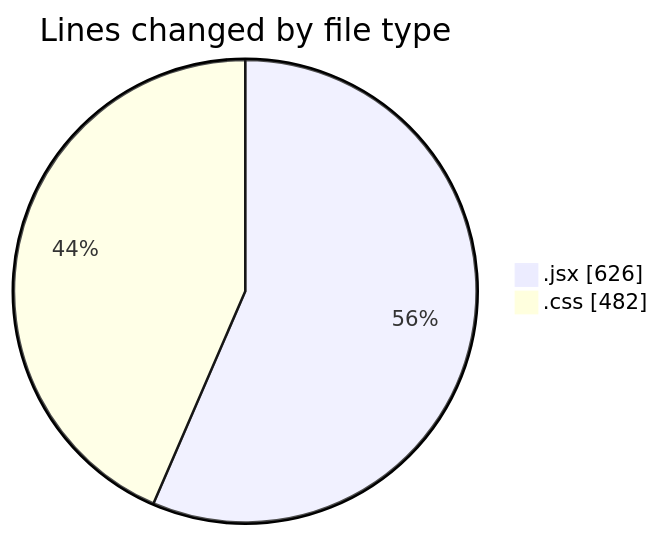
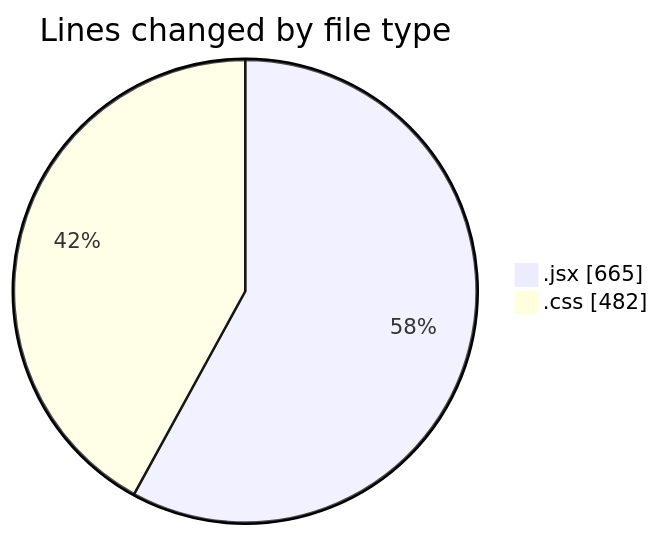
One commit to BS-eng2023/code-tracking changed the first of 2 diagrams in 2025-05-08/recipe-app/README.md. Above: the diagram before and after it, drawn with Mermaid. The commit also changed other lines of this file and 1 other file, not shown here.

````diff
--- a/2025-05-08/recipe-app/README.md
+++ b/2025-05-08/recipe-app/README.md
@@ -24,6 +25,6 @@
 ```mermaid
 pie showData
 title Lines changed by file type
-".jsx" : 626
+".jsx" : 665
 ".css" : 482
 ```
````
